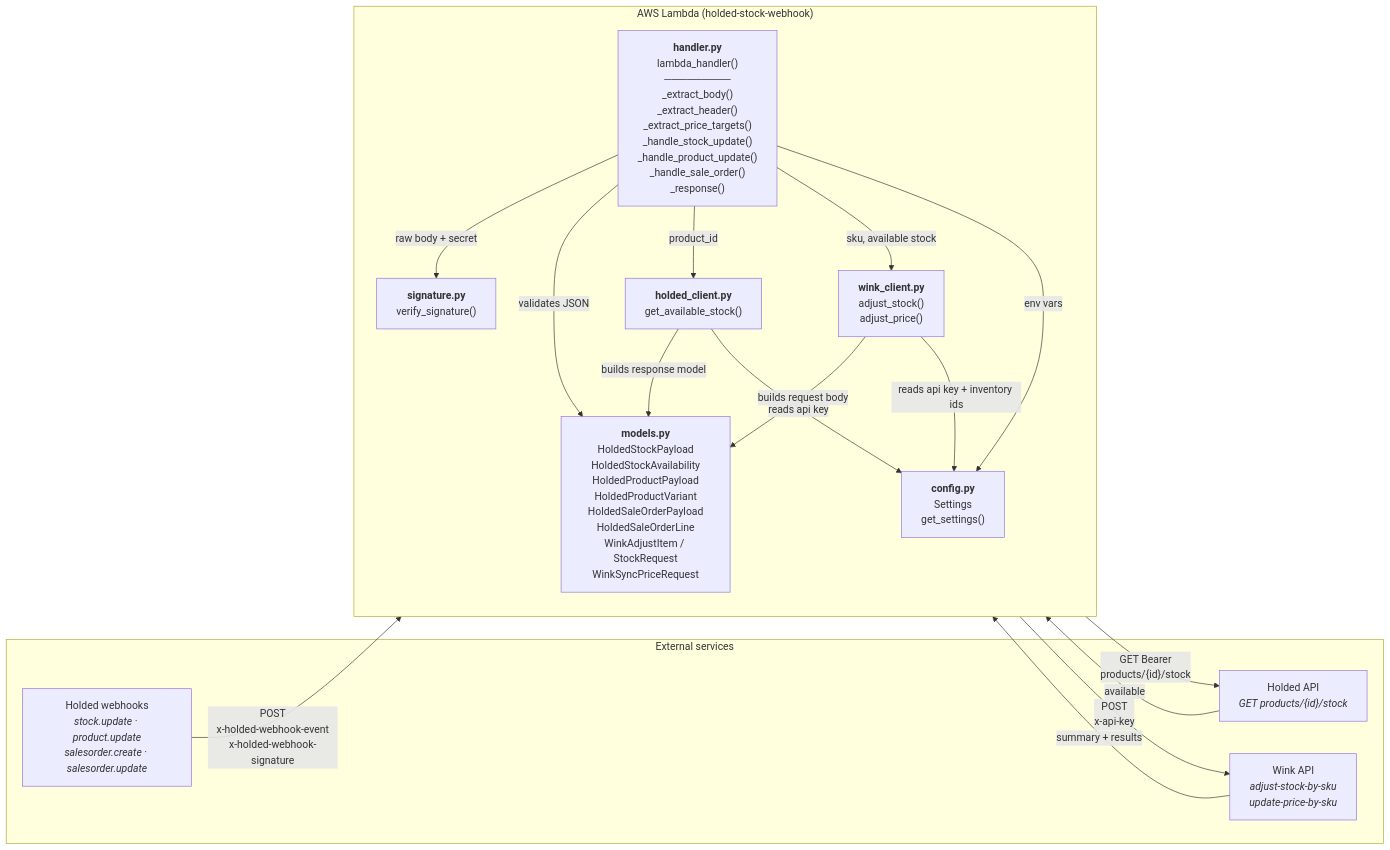
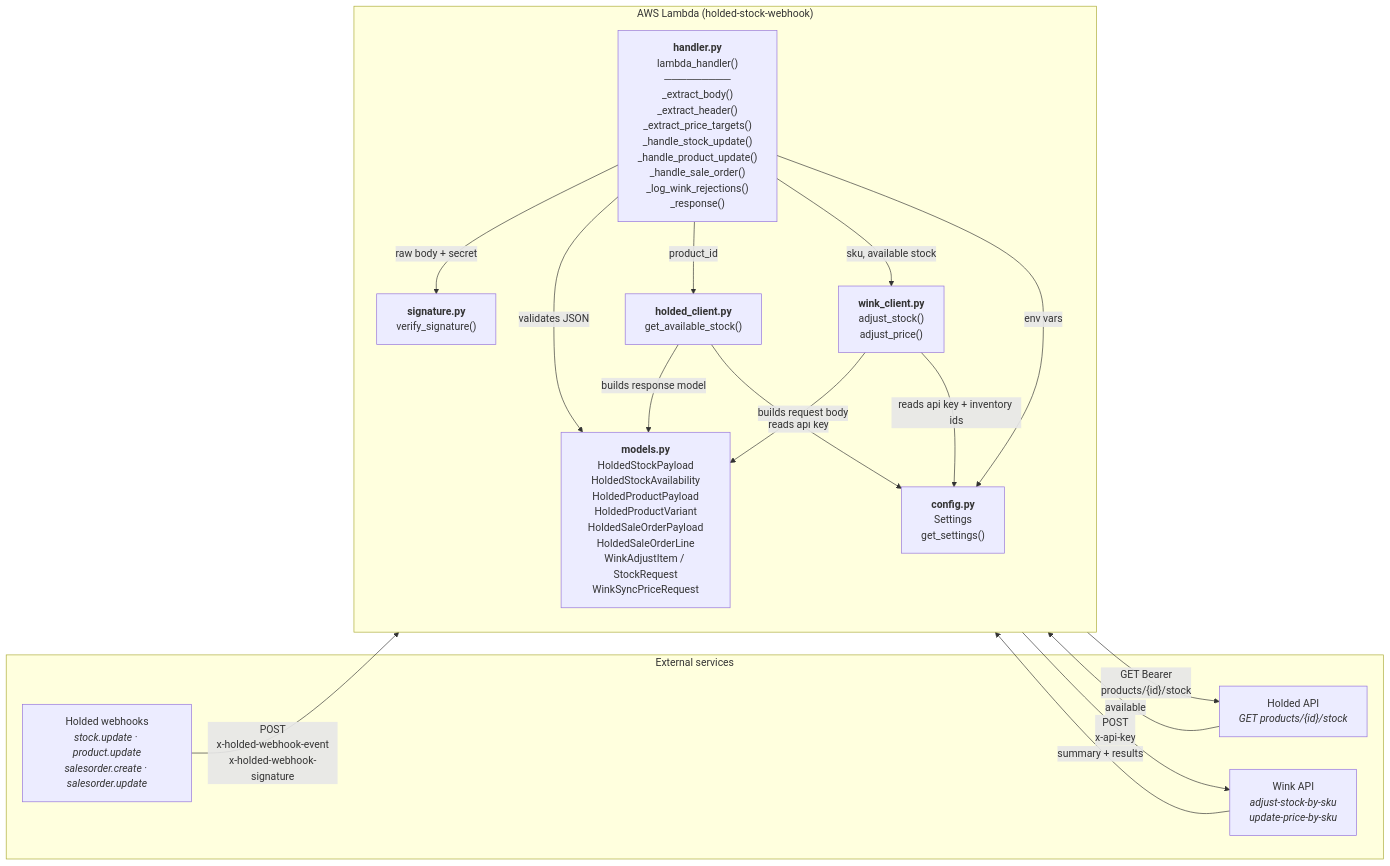
Before and after one commit to danrivsa/santo-suplemento-invetory-sync-webhook: the first of 4 diagrams in README.md, drawn with Mermaid. The commit also changed other lines of this file, not shown here.

Commit message:
docs: update README to include logging of events in lambda_handler and clarify sale order handling in test descriptions

````diff
--- a/README.md
+++ b/README.md
@@ -9,35 +9,35 @@
 ```mermaid
 flowchart LR
     subgraph External["External services"]
         Holded["Holded webhooks<br/><i>stock.update · product.update<br/>salesorder.create · salesorder.update</i>"]
         HoldedApi["Holded API<br/><i>GET products/{id}/stock</i>"]
         Wink["Wink API<br/><i>adjust-stock-by-sku<br/>update-price-by-sku</i>"]
     end
 
     subgraph Lambda["AWS Lambda (holded-stock-webhook)"]
         direction TB
-        Handler["<b>handler.py</b><br/>lambda_handler()<br/>─────────<br/>_extract_body()<br/>_extract_header()<br/>_extract_price_targets()<br/>_handle_stock_update()<br/>_handle_product_update()<br/>_handle_sale_order()<br/>_response()"]
+        Handler["<b>handler.py</b><br/>lambda_handler()<br/>─────────<br/>_extract_body()<br/>_extract_header()<br/>_extract_price_targets()<br/>_handle_stock_update()<br/>_handle_product_update()<br/>_handle_sale_order()<br/>_log_wink_rejections()<br/>_response()"]
 
         Sig["<b>signature.py</b><br/>verify_signature()"]
         Models["<b>models.py</b><br/>HoldedStockPayload<br/>HoldedStockAvailability<br/>HoldedProductPayload<br/>HoldedProductVariant<br/>HoldedSaleOrderPayload<br/>HoldedSaleOrderLine<br/>WinkAdjustItem / StockRequest<br/>WinkSyncPriceRequest"]
         HoldedClient["<b>holded_client.py</b><br/>get_available_stock()"]
         Client["<b>wink_client.py</b><br/>adjust_stock()<br/>adjust_price()"]
         Config["<b>config.py</b><br/>Settings<br/>get_settings()"]
 
         Handler -->|"raw body + secret"| Sig
         Handler -->|"validates JSON"| Models
         Handler -->|"product_id"| HoldedClient
         Handler -->|"sku, available stock"| Client
         Handler -->|"env vars"| Config
         HoldedClient -->|"builds response model"| Models
         HoldedClient -->|"reads api key"| Config
         Client -->|"builds request body"| Models
         Client -->|"reads api key + inventory ids"| Config
     end
 
     Holded -->|"POST<br/>x-holded-webhook-event<br/>x-holded-webhook-signature"| Handler
     HoldedClient -->|"GET Bearer<br/>products/{id}/stock"| HoldedApi
     HoldedApi -->|"available"| HoldedClient
     Client -->|"POST<br/>x-api-key"| Wink
     Wink -->|"summary + results"| Client
 ```
````
